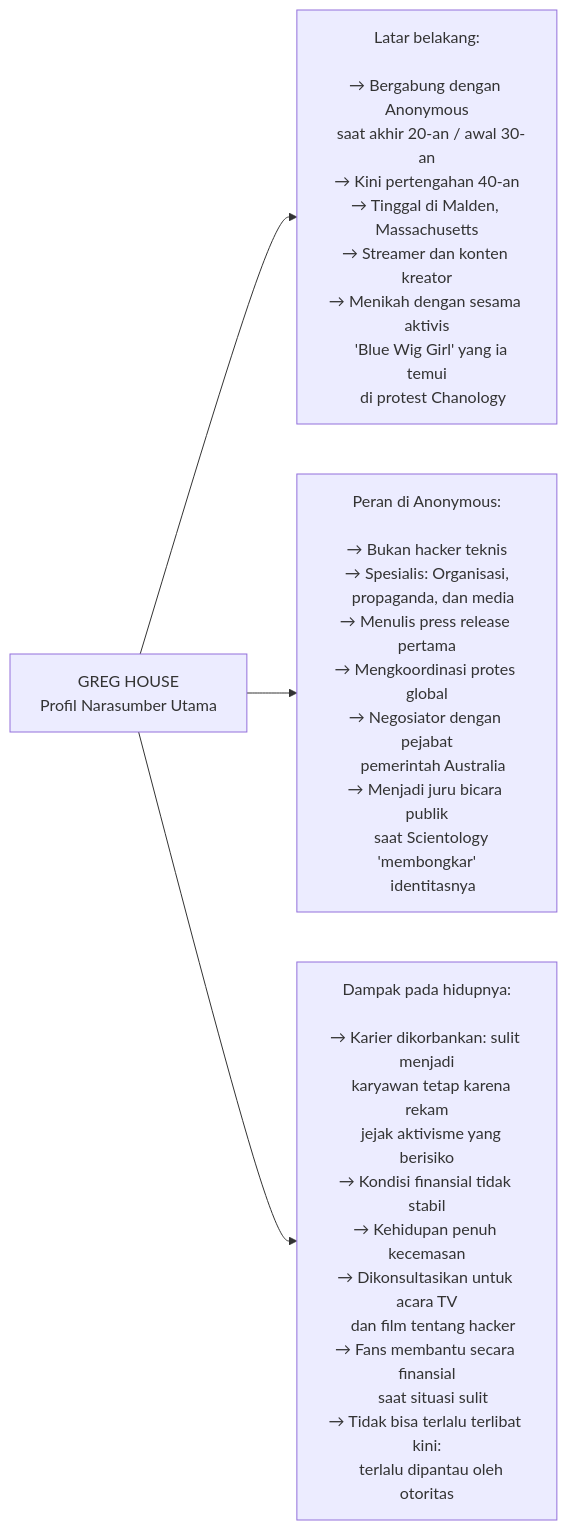
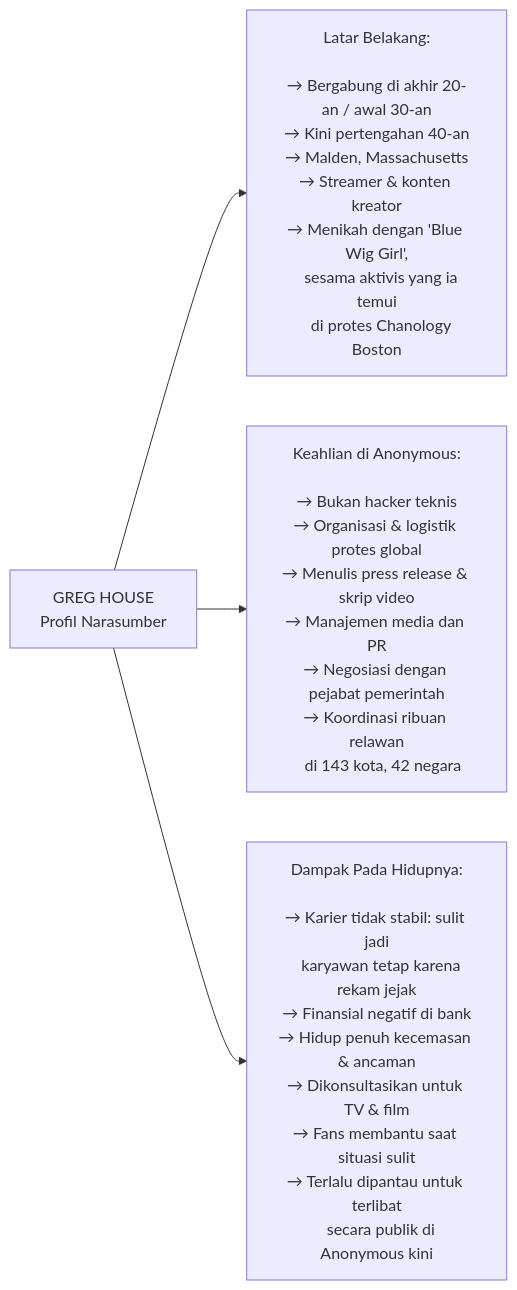
One commit to dwirx/BangunAI-Blog changed the second of 16 diagrams in src/content/articles/kelahiran-anonymous-dari-trolling-4chan-hingga-melawan-pemerintah-dunia.mdx. Above: the diagram before and after it, drawn with Mermaid. The commit also changed other lines of this file, not shown here.

Commit message:
Revise article: Kelahiran Anonymous - tambah callouts & improve quality

````diff
--- a/src/content/articles/kelahiran-anonymous-dari-trolling-4chan-hingga-melawan-pemerintah-dunia.mdx
+++ b/src/content/articles/kelahiran-anonymous-dari-trolling-4chan-hingga-melawan-pemerintah-dunia.mdx
@@ -41,10 +59,10 @@
 ```mermaid
 graph LR
-    A["GREG HOUSE\nProfil Narasumber Utama"]
-    
-    A --> B["Latar belakang:\n\n→ Bergabung dengan Anonymous\n  saat akhir 20-an / awal 30-an\n→ Kini pertengahan 40-an\n→ Tinggal di Malden, Massachusetts\n→ Streamer dan konten kreator\n→ Menikah dengan sesama aktivis\n   'Blue Wig Girl' yang ia temui\n   di protest Chanology"]
-    
-    A --> C["Peran di Anonymous:\n\n→ Bukan hacker teknis\n→ Spesialis: Organisasi,\n   propaganda, dan media\n→ Menulis press release pertama\n→ Mengkoordinasi protes global\n→ Negosiator dengan pejabat\n   pemerintah Australia\n→ Menjadi juru bicara publik\n   saat Scientology 'membongkar'\n   identitasnya"]
-    
-    A --> D["Dampak pada hidupnya:\n\n→ Karier dikorbankan: sulit menjadi\n   karyawan tetap karena rekam\n   jejak aktivisme yang berisiko\n→ Kondisi finansial tidak stabil\n→ Kehidupan penuh kecemasan\n→ Dikonsultasikan untuk acara TV\n   dan film tentang hacker\n→ Fans membantu secara finansial\n   saat situasi sulit\n→ Tidak bisa terlalu terlibat kini:\n   terlalu dipantau oleh otoritas"]
+    A["GREG HOUSE\nProfil Narasumber"]
+
+    A --> B["Latar Belakang:\n\n→ Bergabung di akhir 20-an / awal 30-an\n→ Kini pertengahan 40-an\n→ Malden, Massachusetts\n→ Streamer & konten kreator\n→ Menikah dengan 'Blue Wig Girl',\n   sesama aktivis yang ia temui\n   di protes Chanology Boston"]
+
+    A --> C["Keahlian di Anonymous:\n\n→ Bukan hacker teknis\n→ Organisasi & logistik protes global\n→ Menulis press release & skrip video\n→ Manajemen media dan PR\n→ Negosiasi dengan pejabat pemerintah\n→ Koordinasi ribuan relawan\n   di 143 kota, 42 negara"]
+
+    A --> D["Dampak Pada Hidupnya:\n\n→ Karier tidak stabil: sulit jadi\n   karyawan tetap karena rekam jejak\n→ Finansial negatif di bank\n→ Hidup penuh kecemasan & ancaman\n→ Dikonsultasikan untuk TV & film\n→ Fans membantu saat situasi sulit\n→ Terlalu dipantau untuk terlibat\n   secara publik di Anonymous kini"]
 ```
````
